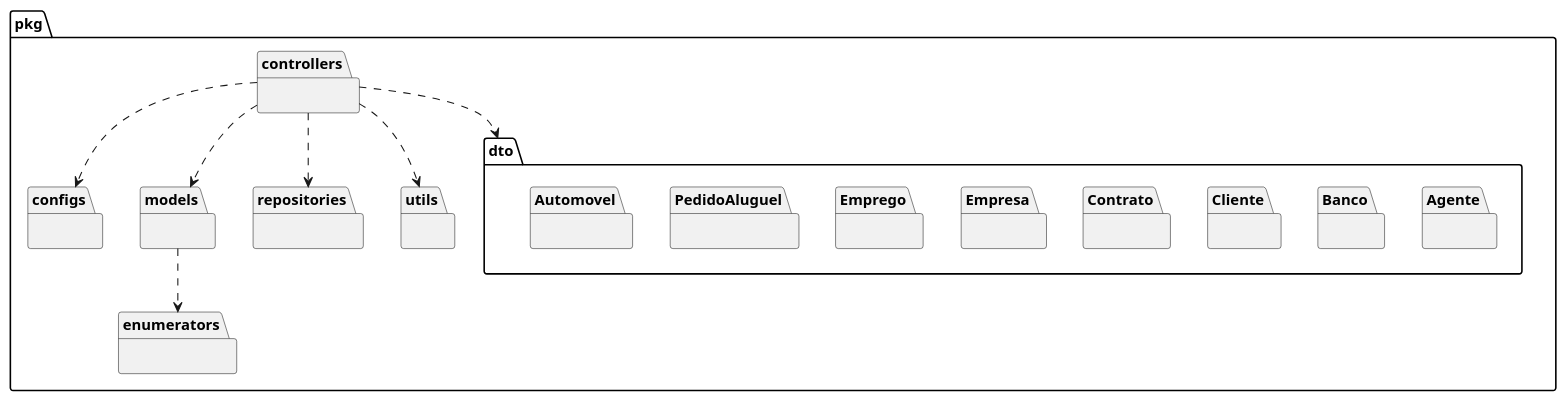
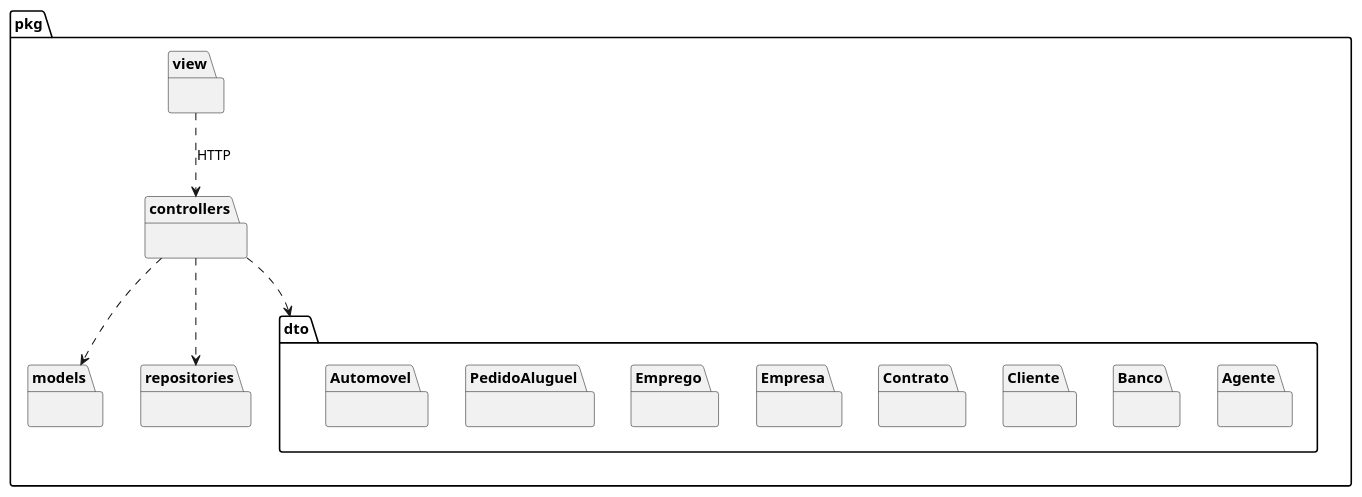
Before and after one commit to GuilhermeFalante/LDS_Aluguel_de_Carros: the diagram in projeto/diagramaDePacotesSprint2.md, drawn with PlantUML. The commit also changed 1 other file, not shown here.

Commit message:
arrumando errinho no diagrama de pacotes

```diff
--- a/projeto/diagramaDePacotesSprint2.md
+++ b/projeto/diagramaDePacotesSprint2.md
@@ -1,43 +1,39 @@
 @startuml
 package "pkg" {
-    package "configs" {
-    }
     package "controllers" {
     }
     package "models" {
     }
     package "repositories" {
     }
-    package "enumerators" {
+    package "view" {
     }
-    package "utils" {
-    }
+
     
     package "dto" {
         package "Agente" {
         }
         package "Banco" {
         }
         package "Cliente" {
         }
         package "Contrato" {
         }
         package "Empresa" {
         }
         package "Emprego" {
         }
         package "PedidoAluguel" {
         }
         package "Automovel" {
         }
     }
     
-    controllers ..> configs
+
     controllers ..> repositories
     controllers ..> models
-    controllers ..> utils
     controllers ..> dto
+    view ..> controllers :HTTP
     
-    models ..> enumerators
 }
 @enduml
```
